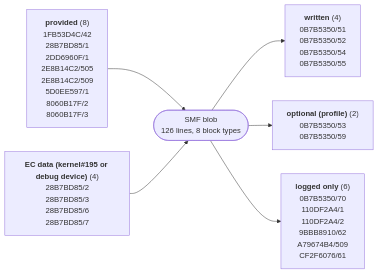
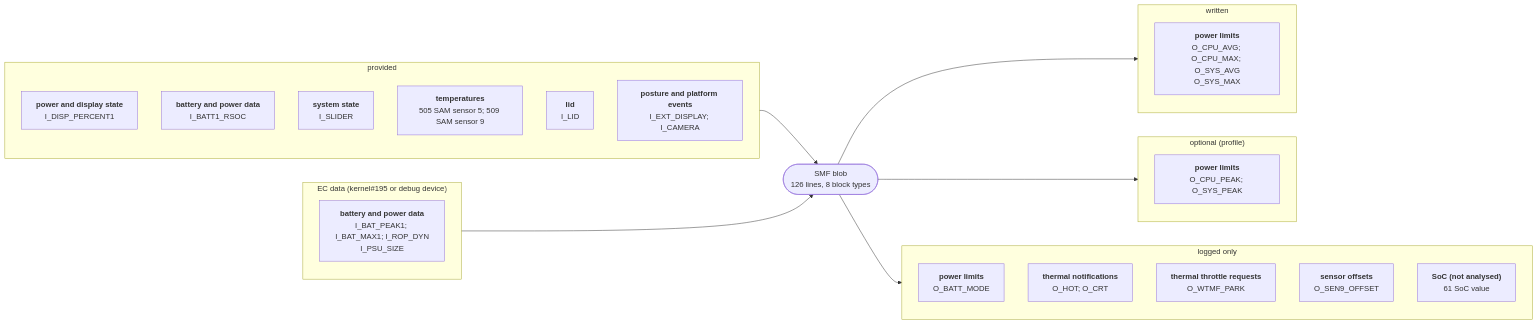
The diagram in docs/devices/surface-pro-7-plus.md (larsschellhas/linux-surface-power), drawn with Mermaid before and after one commit. The commit also changed other lines of this file and 31 other files, not shown here.

First line of the commit message:
Rate devices by their outputs; complete device diagrams

````diff
--- a/docs/devices/surface-pro-7-plus.md
+++ b/docs/devices/surface-pro-7-plus.md
@@ -18,9 +20,33 @@
 ```mermaid
 flowchart LR
-    I0["<b>provided</b> (8)<br/>1FB53D4C/42<br/>28B7BD85/1<br/>2DD6960F/1<br/>2E8B14C2/505<br/>2E8B14C2/509<br/>5D0EE597/1<br/>8060B17F/2<br/>8060B17F/3"] --> B
-    I1["<b>EC data (kernel#195 or debug device)</b> (4)<br/>28B7BD85/2<br/>28B7BD85/3<br/>28B7BD85/6<br/>28B7BD85/7"] --> B
+    subgraph IN0["provided"]
+        I0_1FB53D4C["<b>power and display state</b><br/>I_DISP_PERCENT1"]
+        I0_28B7BD85["<b>battery and power data</b><br/>I_BATT1_RSOC"]
+        I0_2DD6960F["<b>system state</b><br/>I_SLIDER"]
+        I0_2E8B14C2["<b>temperatures</b><br/>505 SAM sensor 5; 509 SAM sensor 9"]
+        I0_5D0EE597["<b>lid</b><br/>I_LID"]
+        I0_8060B17F["<b>posture and platform events</b><br/>I_EXT_DISPLAY; I_CAMERA"]
+    end
+    IN0 --> B
+    subgraph IN1["EC data (kernel#195 or debug device)"]
+        I1_28B7BD85["<b>battery and power data</b><br/>I_BAT_PEAK1; I_BAT_MAX1; I_ROP_DYN<br/>I_PSU_SIZE"]
+    end
+    IN1 --> B
     B(["SMF blob<br/>126 lines, 8 block types"])
-    B --> O0["<b>written</b> (4)<br/>0B7B5350/51<br/>0B7B5350/52<br/>0B7B5350/54<br/>0B7B5350/55"]
-    B --> O1["<b>optional (profile)</b> (2)<br/>0B7B5350/53<br/>0B7B5350/59"]
-    B --> O2["<b>logged only</b> (6)<br/>0B7B5350/70<br/>110DF2A4/1<br/>110DF2A4/2<br/>9BBB8910/62<br/>A79674B4/509<br/>CF2F6076/61"]
+    subgraph OUT0["written"]
+        O0_0B7B5350["<b>power limits</b><br/>O_CPU_AVG; O_CPU_MAX; O_SYS_AVG<br/>O_SYS_MAX"]
+    end
+    B --> OUT0
+    subgraph OUT1["optional (profile)"]
+        O1_0B7B5350["<b>power limits</b><br/>O_CPU_PEAK; O_SYS_PEAK"]
+    end
+    B --> OUT1
+    subgraph OUT2["logged only"]
+        O2_0B7B5350["<b>power limits</b><br/>O_BATT_MODE"]
+        O2_110DF2A4["<b>thermal notifications</b><br/>O_HOT; O_CRT"]
+        O2_9BBB8910["<b>thermal throttle requests</b><br/>O_WTMF_PARK"]
+        O2_A79674B4["<b>sensor offsets</b><br/>O_SEN9_OFFSET"]
+        O2_CF2F6076["<b>SoC (not analysed)</b><br/>61 SoC value"]
+    end
+    B --> OUT2
 ```
````
